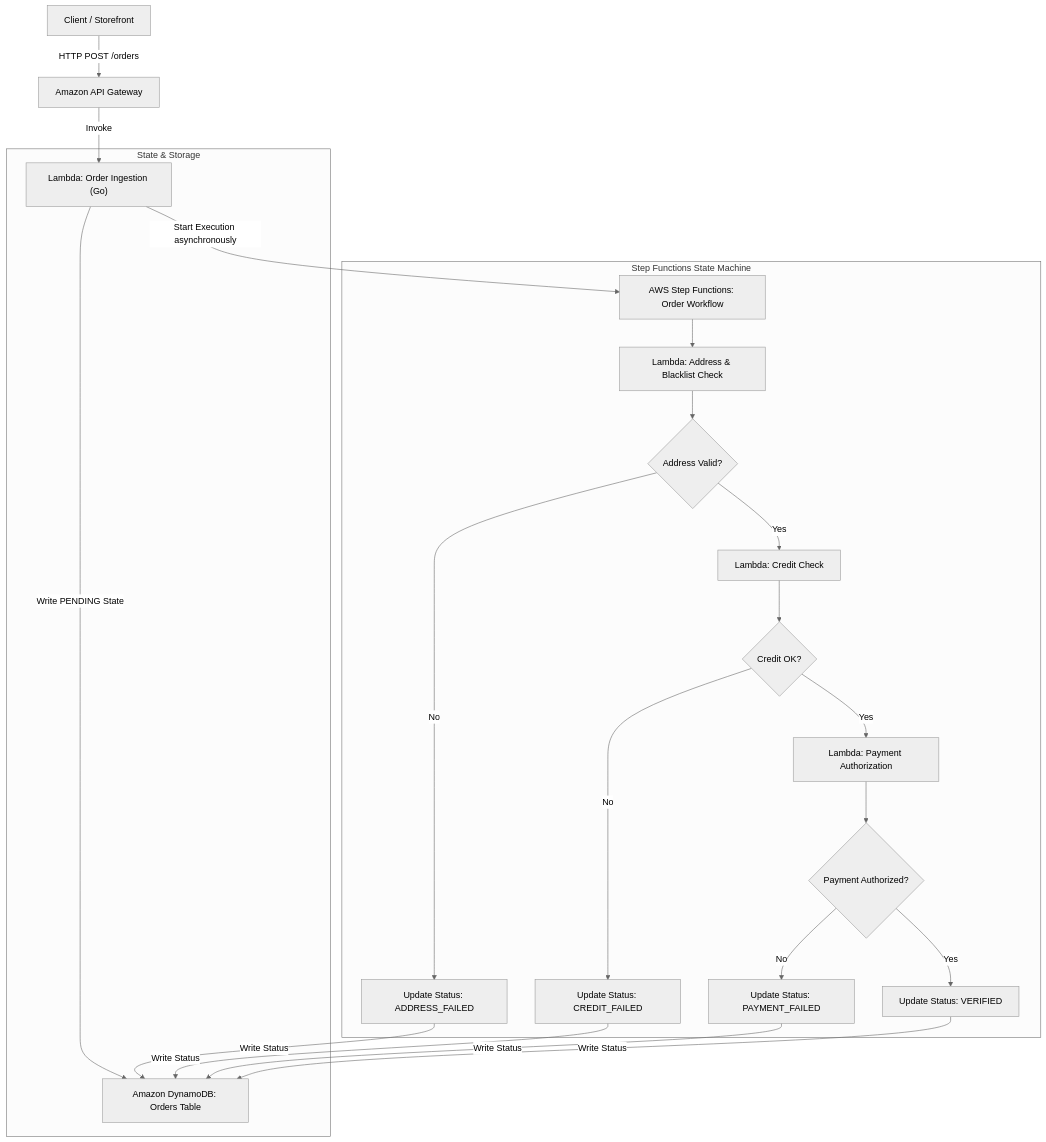
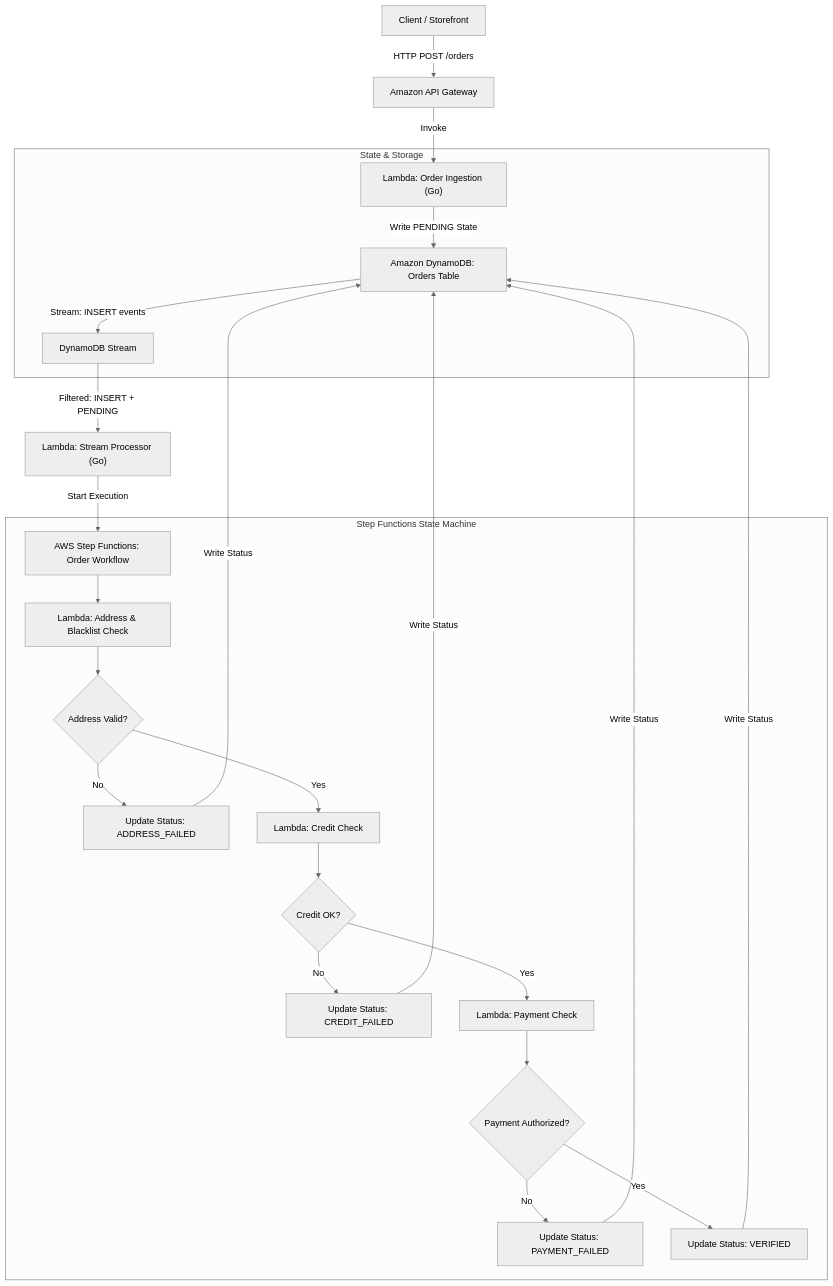
Before and after one commit to kelvinyap2014/ecommerce-order-aws-go: the diagram in README.md, drawn with Mermaid (neutral theme). The commit also changed other lines of this file, not shown here.

Commit message:
docs: switch to event-driven order workflow via DynamoDB Stream

````diff
--- a/README.md
+++ b/README.md
@@ -24,31 +24,33 @@
 ```mermaid
 graph TD
     Client["Client / Storefront"] -->|HTTP POST /orders| APIGW["Amazon API Gateway"]
     APIGW -->|Invoke| IngestLambda["Lambda: Order Ingestion (Go)"]
 
     subgraph "State & Storage"
         IngestLambda -->|Write PENDING State| DDB["Amazon DynamoDB: Orders Table"]
+        DDB -->|Stream: INSERT events| DBStream["DynamoDB Stream"]
     end
 
-    IngestLambda -->|Start Execution asynchronously| SF["AWS Step Functions: Order Workflow"]
+    DBStream -->|Filtered: INSERT + PENDING| StreamProc["Lambda: Stream Processor (Go)"]
+    StreamProc -->|Start Execution| SF["AWS Step Functions: Order Workflow"]
 
     subgraph "Step Functions State Machine"
         SF --> AddressCheck["Lambda: Address & Blacklist Check"]
         AddressCheck --> AddressChoice{Address Valid?}
         AddressChoice -->|No| AddressFail["Update Status: ADDRESS_FAILED"]
         AddressChoice -->|Yes| CreditCheck["Lambda: Credit Check"]
 
         CreditCheck --> CreditChoice{Credit OK?}
         CreditChoice -->|No| CreditFail["Update Status: CREDIT_FAILED"]
-        CreditChoice -->|Yes| PaymentAuth["Lambda: Payment Authorization"]
+        CreditChoice -->|Yes| PaymentAuth["Lambda: Payment Check"]
 
         PaymentAuth --> PaymentChoice{Payment Authorized?}
         PaymentChoice -->|No| PaymentFail["Update Status: PAYMENT_FAILED"]
         PaymentChoice -->|Yes| UpdateVerified["Update Status: VERIFIED"]
     end
 
     AddressFail -->|Write Status| DDB
     CreditFail -->|Write Status| DDB
     PaymentFail -->|Write Status| DDB
     UpdateVerified -->|Write Status| DDB
 ```
````
